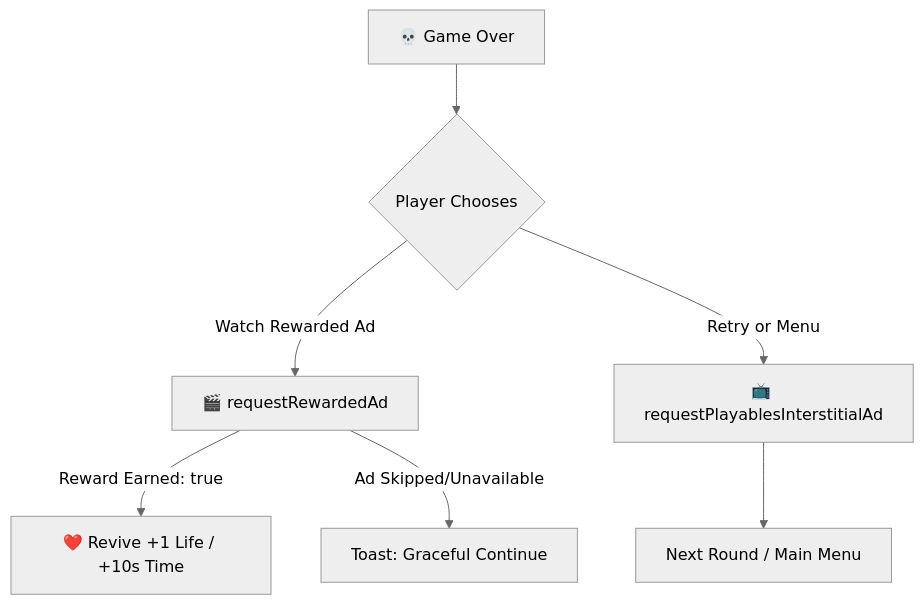
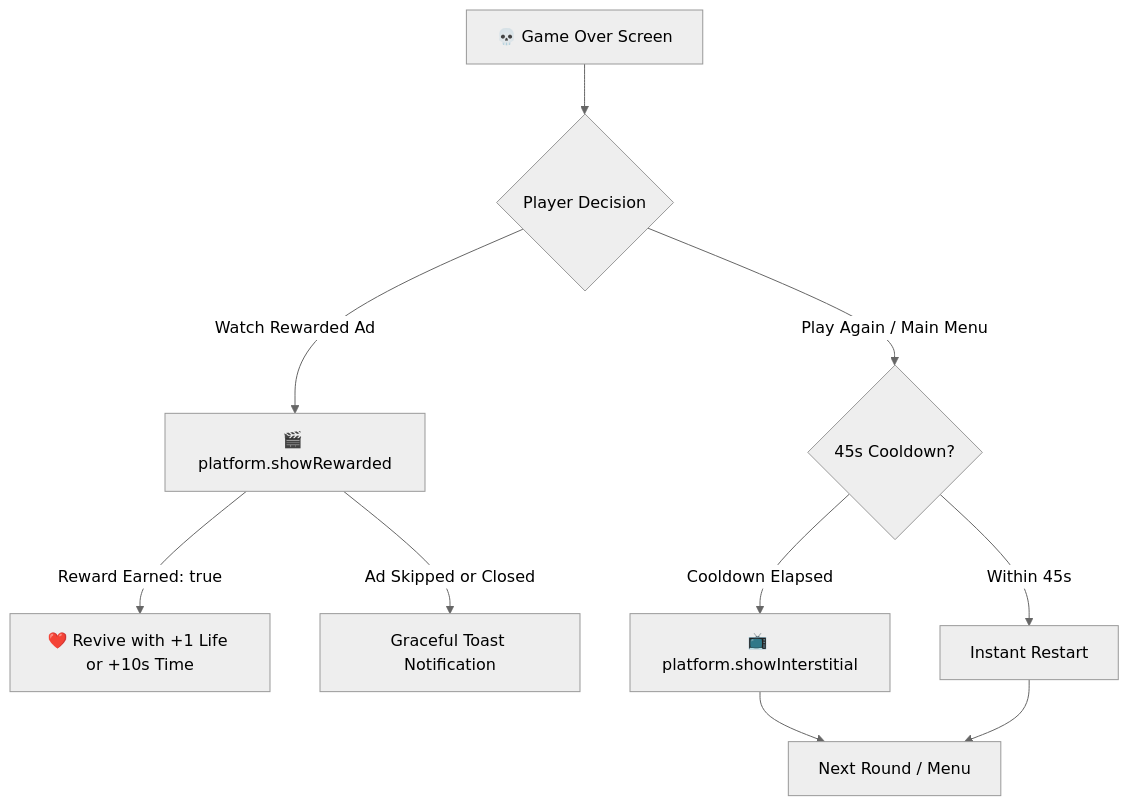
Before and after one commit to Rahul08319/Sudden-Stop: the diagram in README.md, drawn with Mermaid (neutral theme). The commit also changed other lines of this file and 25 other files, not shown here.

````diff
--- a/README.md
+++ b/README.md
@@ -119,9 +162,12 @@
 ```mermaid
 flowchart TD
-    GameOver[💀 Game Over] --> CheckAd{Player Chooses}
-    CheckAd -->|Watch Rewarded Ad| Rewarded[🎬 requestRewardedAd]
-    Rewarded -->|Reward Earned: true| Revive[❤️ Revive +1 Life / +10s Time]
-    Rewarded -->|Ad Skipped/Unavailable| FailToast[Toast: Graceful Continue]
-    CheckAd -->|Retry or Menu| Interstitial[📺 requestPlayablesInterstitialAd]
-    Interstitial --> Transition[Next Round / Main Menu]
+    GameOver[💀 Game Over Screen] --> ChooseAction{Player Decision}
+    ChooseAction -->|Watch Rewarded Ad| RequestReward[🎬 platform.showRewarded]
+    RequestReward -->|Reward Earned: true| RevivePlayer[❤️ Revive with +1 Life or +10s Time]
+    RequestReward -->|Ad Skipped or Closed| ContinueToast[Graceful Toast Notification]
+    ChooseAction -->|Play Again / Main Menu| CheckCooldown{45s Cooldown?}
+    CheckCooldown -->|Cooldown Elapsed| Interstitial[📺 platform.showInterstitial]
+    CheckCooldown -->|Within 45s| SkipAd[Instant Restart]
+    Interstitial --> StartNext[Next Round / Menu]
+    SkipAd --> StartNext
 ```
````
